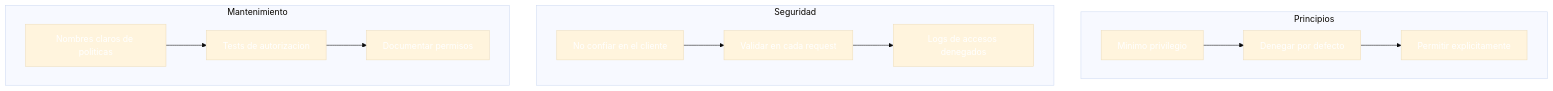
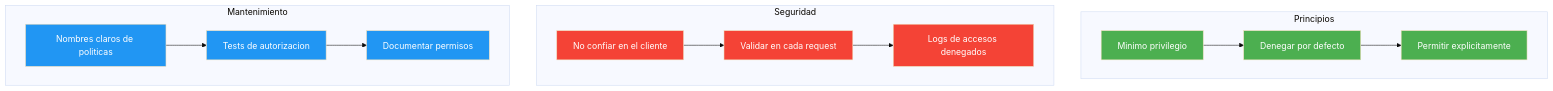
One commit to joseluisgs/DesarrolloWebEntornosServidor-02-2026-2027 changed diagram 14 of 14 in 17-autorizacion.md. Above: the diagram before and after it, drawn with Mermaid (base theme). The commit also changed other lines of this file and 29 other files, not shown here.

Commit message:
docs: corregir estilos Mermaid y estilo, quitar referencias a la Tienda y reestructurar los retos 13 y 15

````diff
--- a/17-autorizacion.md
+++ b/17-autorizacion.md
@@ -1242,34 +1242,34 @@
 ```mermaid
 flowchart TB
     subgraph "Principios"
         P1["Minimo privilegio"]
         P2["Denegar por defecto"]
         P3["Permitir explicitamente"]
     end
 
     subgraph "Seguridad"
         S1["No confiar en el cliente"]
         S2["Validar en cada request"]
         S3["Logs de accesos denegados"]
     end
 
     subgraph "Mantenimiento"
         M1["Nombres claros de politicas"]
         M2["Tests de autorizacion"]
         M3["Documentar permisos"]
     end
 
     P1 --> P2 --> P3
     S1 --> S2 --> S3
     M1 --> M2 --> M3
 
-    style P1 fill:#4CAF5,color:#fff0,color:#fff
-    style P2 fill:#4CAF5,color:#fff0,color:#fff
-    style P3 fill:#4CAF5,color:#fff0,color:#fff
-    style S1 fill:#f4433,color:#fff6,color:#fff
-    style S2 fill:#f4433,color:#fff6,color:#fff
-    style S3 fill:#f4433,color:#fff6,color:#fff
-    style M1 fill:#2196F,color:#fff3,color:#fff
-    style M2 fill:#2196F,color:#fff3,color:#fff
-    style M3 fill:#2196F,color:#fff3,color:#fff
+    style P1 fill:#4CAF50,color:#fff
+    style P2 fill:#4CAF50,color:#fff
+    style P3 fill:#4CAF50,color:#fff
+    style S1 fill:#f44336,color:#fff
+    style S2 fill:#f44336,color:#fff
+    style S3 fill:#f44336,color:#fff
+    style M1 fill:#2196F3,color:#fff
+    style M2 fill:#2196F3,color:#fff
+    style M3 fill:#2196F3,color:#fff
 ```
````
